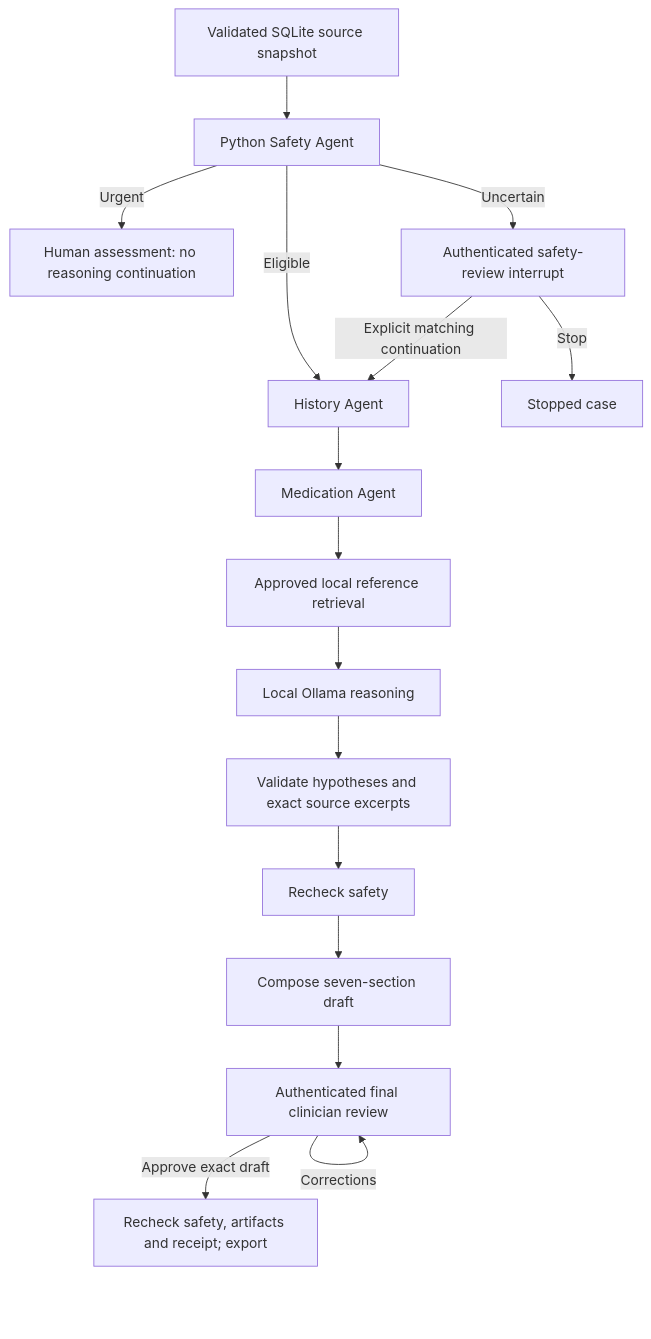
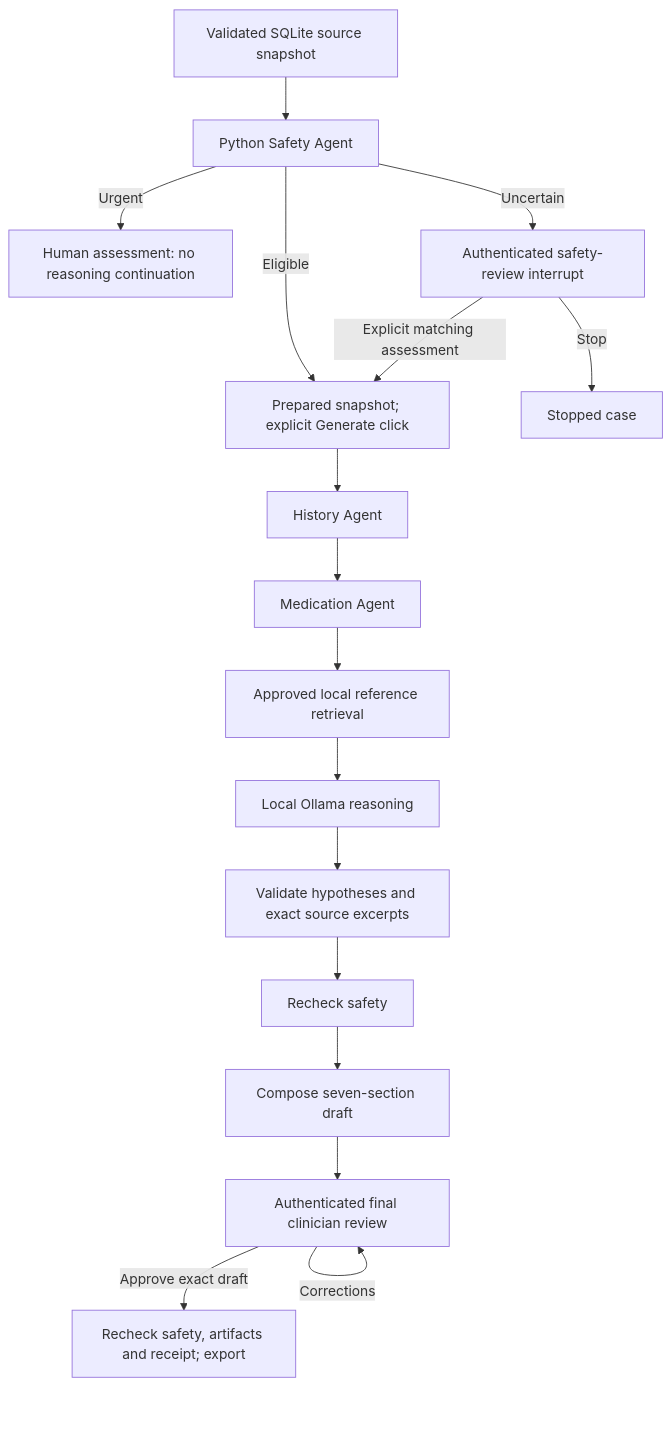
Before and after one commit to LilyC2024/Medical-AI: the diagram in docs/ARCHITECTURE.md, drawn with Mermaid. The commit also changed other lines of this file and 51 other files, not shown here.

````diff
--- a/docs/ARCHITECTURE.md
+++ b/docs/ARCHITECTURE.md
@@ -11,18 +11,19 @@
 ```mermaid
 flowchart TD
     DB[Validated SQLite source snapshot] --> S[Python Safety Agent]
     S -->|Urgent| U[Human assessment: no reasoning continuation]
     S -->|Uncertain| H[Authenticated safety-review interrupt]
-    S -->|Eligible| A[History Agent]
-    H -->|Explicit matching continuation| A
+    S -->|Eligible| G[Prepared snapshot; explicit Generate click]
+    H -->|Explicit matching assessment| G
+    G --> A[History Agent]
     H -->|Stop| X[Stopped case]
     A --> M[Medication Agent]
     M --> E[Approved local reference retrieval]
     E --> R[Local Ollama reasoning]
     R --> V[Validate hypotheses and exact source excerpts]
     V --> F[Recheck safety]
     F --> D[Compose seven-section draft]
     D --> C[Authenticated final clinician review]
     C -->|Corrections| C
     C -->|Approve exact draft| P[Recheck safety, artifacts and receipt; export]
 ```
````
